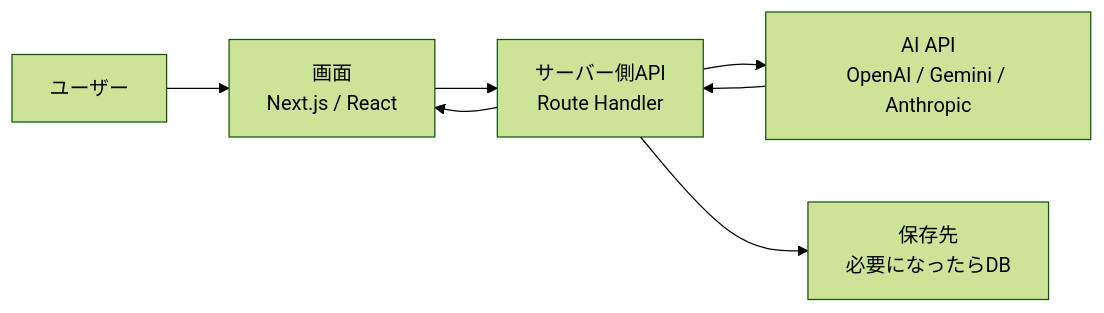
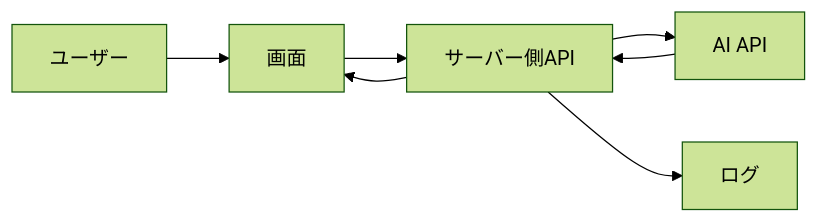
The diagram in docs/article-drafts/beginner-minimum-ai-app-architecture.md (hayato-app/ai-product-build-lab), drawn with Mermaid (forest theme) before and after one commit. The commit also changed other lines of this file and 2 other files, not shown here.

````diff
--- a/docs/article-drafts/beginner-minimum-ai-app-architecture.md
+++ b/docs/article-drafts/beginner-minimum-ai-app-architecture.md
@@ -38,9 +47,9 @@
 ```mermaid
 flowchart LR
-  User["ユーザー"] --> UI["画面\nNext.js / React"]
-  UI --> API["サーバー側API\nRoute Handler"]
-  API --> Model["AI API\nOpenAI / Gemini / Anthropic"]
-  API --> Store["保存先\n必要になったらDB"]
-  Model --> API
-  API --> UI
+  User["ユーザー"] --> UI["画面"]
+  UI --> Route["サーバー側API"]
+  Route --> AI["AI API"]
+  AI --> Route
+  Route --> UI
+  Route --> Log["ログ"]
 ```
````
